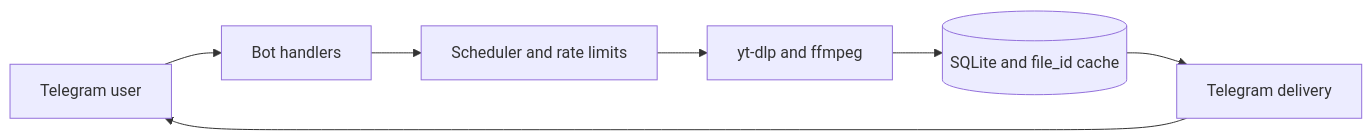
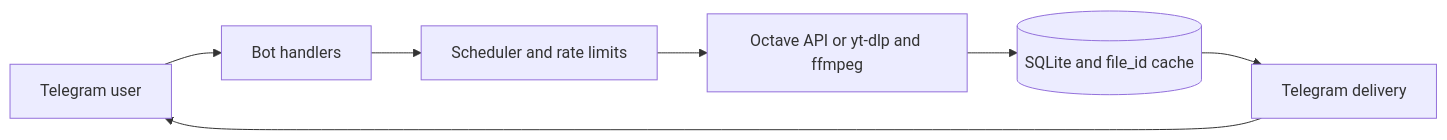
One commit to v0dol4zik/e6akl4k changed the diagram in README.md. Above: the diagram before and after it, drawn with Mermaid. The commit also changed other lines of this file and 49 other files, not shown here.

````diff
--- a/README.md
+++ b/README.md
@@ -59,9 +63,9 @@
 ```mermaid
 flowchart LR
     U[Telegram user] --> B[Bot handlers]
     B --> S[Scheduler and rate limits]
-    S --> D[yt-dlp and ffmpeg]
+    S --> D[Octave API or yt-dlp and ffmpeg]
     D --> C[(SQLite and file_id cache)]
     C --> T[Telegram delivery]
     T --> U
 ```
````
